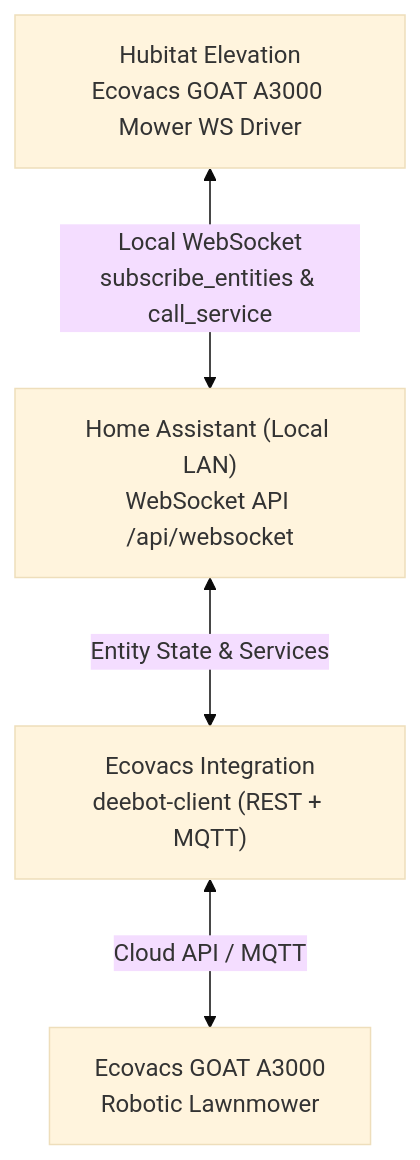
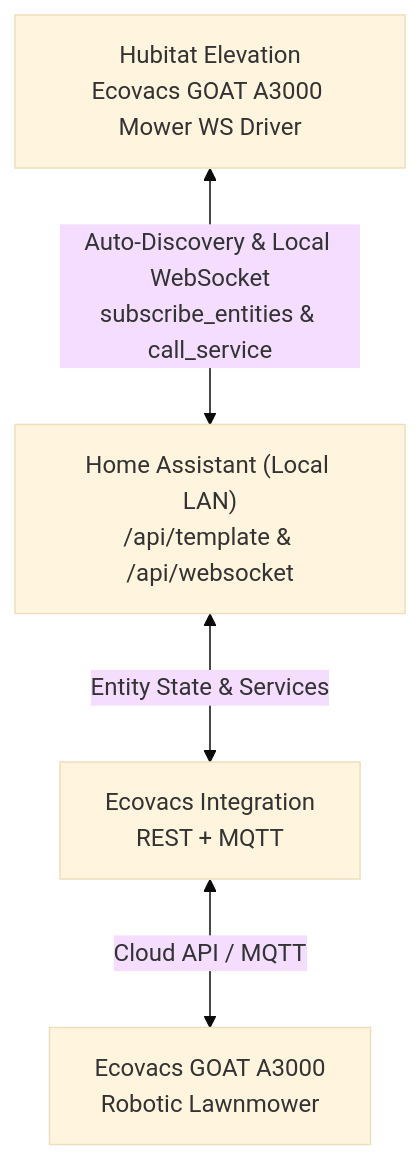
Before and after one commit to KurtSanders/Hubitat-Ecovacs-GOAT-Mower: the diagram in README.md, drawn with Mermaid (base theme). The commit also changed other lines of this file and 3 other files, not shown here.

````diff
--- a/README.md
+++ b/README.md
@@ -11,12 +11,12 @@
 ```mermaid
 %%{init: {'flowchart': {'nodeSpacing': 50, 'rankSpacing': 75}}}%%
 flowchart TB
     HE["Hubitat Elevation<br/>Ecovacs GOAT A3000 Mower WS Driver"]
-    HA["Home Assistant (Local LAN)<br/>WebSocket API /api/websocket"]
-    ECO["Ecovacs Integration<br/>deebot-client (REST + MQTT)"]
+    HA["Home Assistant (Local LAN)<br/>/api/template & /api/websocket"]
+    ECO["Ecovacs Integration<br/>REST + MQTT"]
     MOWER["Ecovacs GOAT A3000<br/>Robotic Lawnmower"]
 
-    HE <-->|"Local WebSocket<br/>subscribe_entities & call_service"| HA
+    HE <-->|"Auto-Discovery & Local WebSocket<br/>subscribe_entities & call_service"| HA
     HA <-->|"Entity State & Services"| ECO
     ECO <-->|"Cloud API / MQTT"| MOWER
 ```
````
